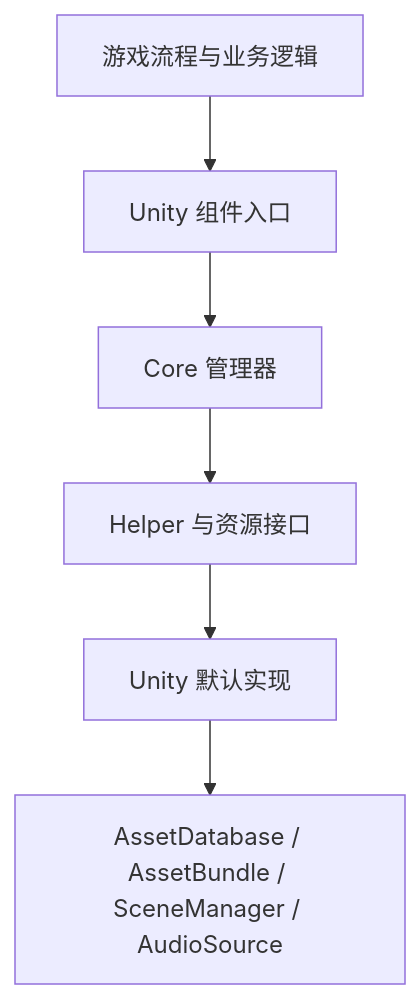
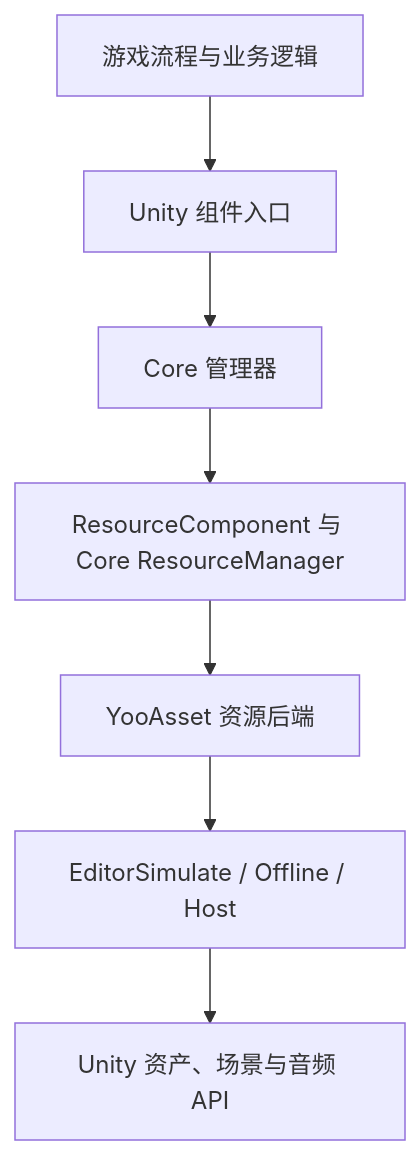
One commit to zheliku/UnityQGameFramework changed the first of 2 diagrams in Packages/com.zheliku.unityqgameframework/Documentation~/00-runtime.md. Above: the diagram before and after it, drawn with Mermaid. The commit also changed other lines of this file and 1654 other files, not shown here.

````diff
--- a/Packages/com.zheliku.unityqgameframework/Documentation~/00-runtime.md
+++ b/Packages/com.zheliku.unityqgameframework/Documentation~/00-runtime.md
@@ -17,8 +17,9 @@
 ```mermaid
 flowchart TD
     Game[游戏流程与业务逻辑] --> Component[Unity 组件入口]
     Component --> Manager[Core 管理器]
-    Manager --> Contract[Helper 与资源接口]
-    Contract --> Unity[Unity 默认实现]
-    Unity --> Engine[AssetDatabase / AssetBundle / SceneManager / AudioSource]
+    Manager --> Resource[ResourceComponent 与 Core ResourceManager]
+    Resource --> Backend[YooAsset 资源后端]
+    Backend --> Engine[EditorSimulate / Offline / Host]
+    Engine --> Unity[Unity 资产、场景与音频 API]
 ```
````
